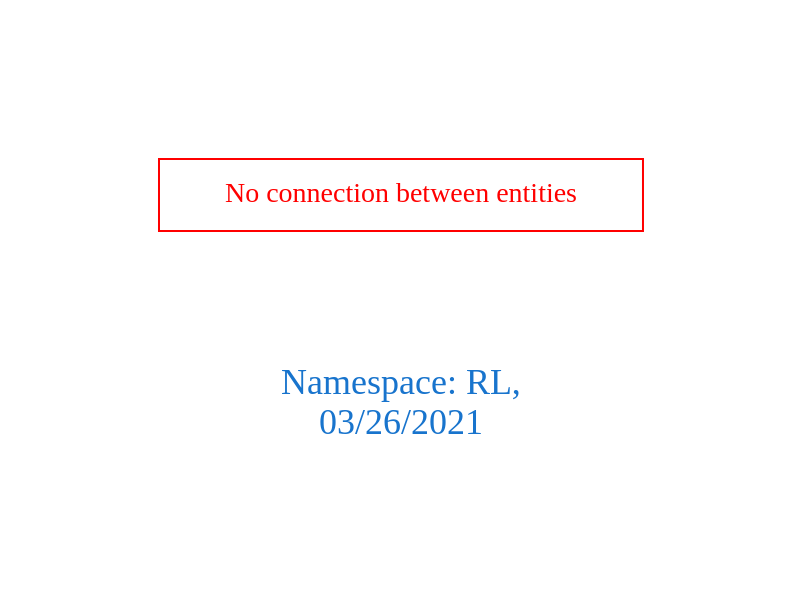
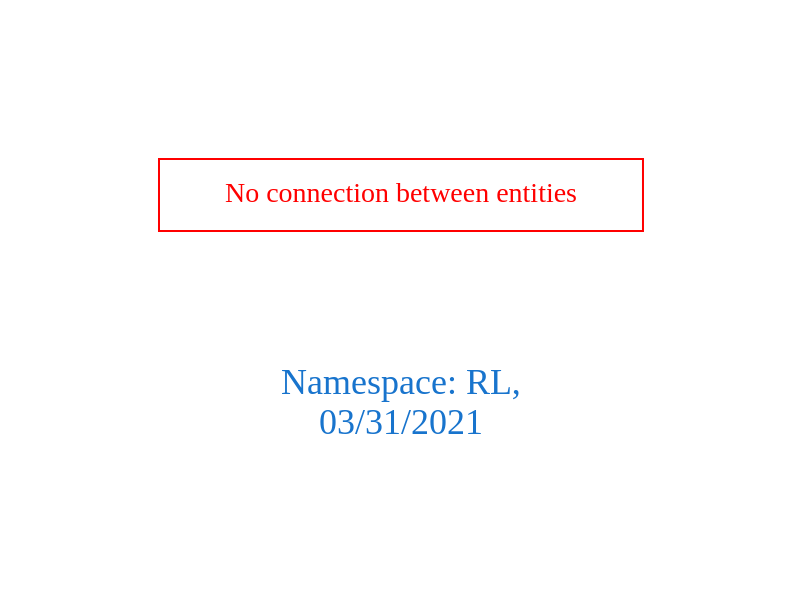
The diagram in downloads/RL.dot (arago/OGIT), drawn with Graphviz before and after one commit. The commit also changed 1853 other files, not shown here.

```diff
--- a/downloads/RL.dot
+++ b/downloads/RL.dot
@@ -1,9 +1,9 @@
 digraph OGIT_ontology {
  graph [ rankdir= LR,pad=1 
 fontsize = 18,
-fontcolor= dodgerblue3,label = "\n\n\nNamespace: RL, \n 03/26/2021"];
+fontcolor= dodgerblue3,label = "\n\n\nNamespace: RL, \n 03/31/2021"];
 node[shape=polygon];
 edge [  color="gray81"];
 
 "No connection between entities" [fontcolor = "red",color="red", shape="polygon"]
 }
```
